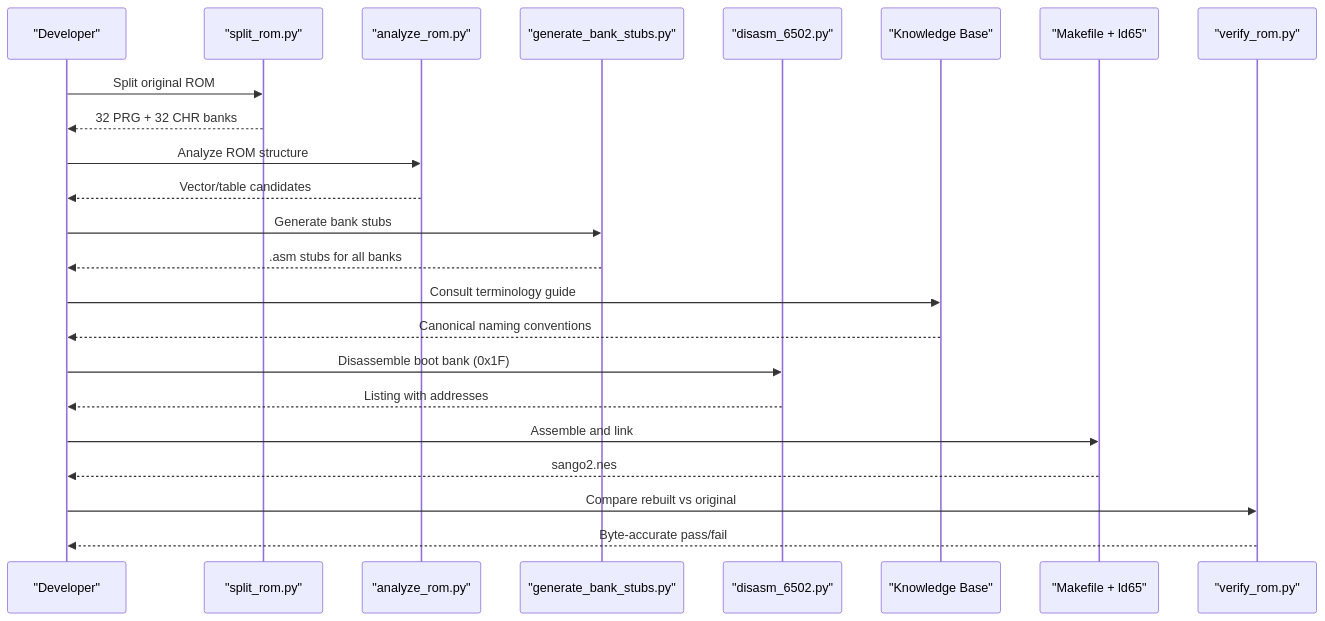
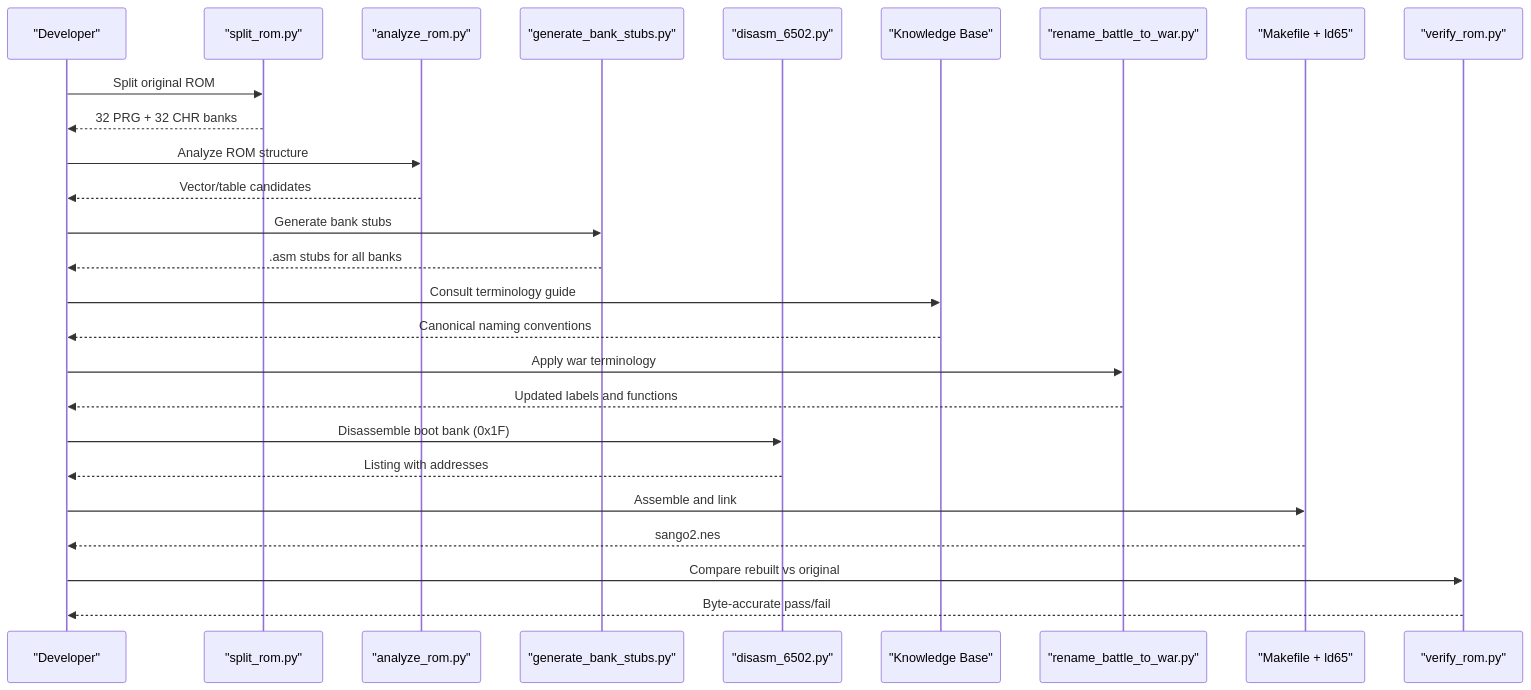
The ninth of 10 diagrams in .qoder/repowiki/en/content/Project Overview/Project Overview.md (rabbyzero/sango2dasm), drawn with Mermaid before and after one commit. The commit also changed other lines of this file and 11 other files, not shown here.

````diff
--- a/.qoder/repowiki/en/content/Project Overview/Project Overview.md
+++ b/.qoder/repowiki/en/content/Project Overview/Project Overview.md
@@ -377,25 +394,28 @@
 ```mermaid
 sequenceDiagram
 participant Dev as "Developer"
 participant Split as "split_rom.py"
 participant Analyze as "analyze_rom.py"
 participant Stubs as "generate_bank_stubs.py"
 participant Disasm as "disasm_6502.py"
 participant KB as "Knowledge Base"
+participant Rename as "rename_battle_to_war.py"
 participant Build as "Makefile + ld65"
 participant Verify as "verify_rom.py"
 Dev->>Split : Split original ROM
 Split-->>Dev : 32 PRG + 32 CHR banks
 Dev->>Analyze : Analyze ROM structure
 Analyze-->>Dev : Vector/table candidates
 Dev->>Stubs : Generate bank stubs
 Stubs-->>Dev : .asm stubs for all banks
 Dev->>KB : Consult terminology guide
 KB-->>Dev : Canonical naming conventions
+Dev->>Rename : Apply war terminology
+Rename-->>Dev : Updated labels and functions
 Dev->>Disasm : Disassemble boot bank (0x1F)
 Disasm-->>Dev : Listing with addresses
 Dev->>Build : Assemble and link
 Build-->>Dev : sango2.nes
 Dev->>Verify : Compare rebuilt vs original
 Verify-->>Dev : Byte-accurate pass/fail
 ```
````
